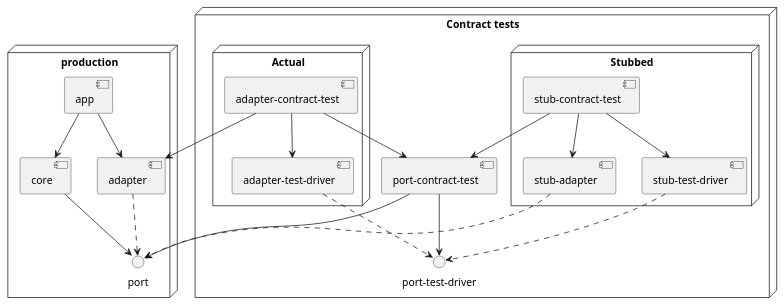
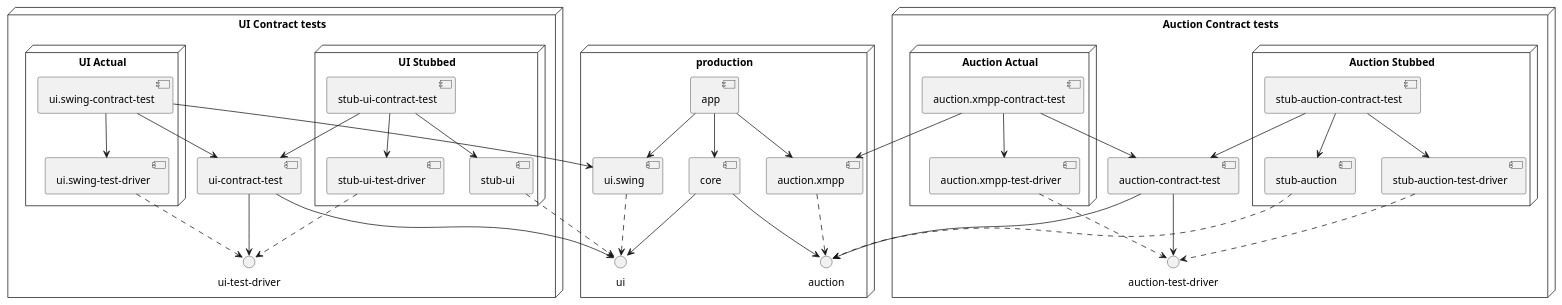
One commit to Mahoney-playground/goos changed the first of 2 diagrams in README.md. Above: the diagram before and after it, drawn with PlantUML. The commit also changed other lines of this file, not shown here.

Commit message:
Used real components in diagrams

````diff
--- a/README.md
+++ b/README.md
@@ -132,45 +140,82 @@
 node production { 
     component app
     component core
-    component adapter
-    interface port
+    interface auction
+    component auction.xmpp
+    interface ui
+    component ui.swing
 }
 
-node "Contract tests" {
-    component "port-contract-test" as port_contract_test
-    interface "port-test-driver" as port_test_driver
+node "UI Contract tests" {
+    component "ui-contract-test" as ui_contract_test
+    interface "ui-test-driver" as ui_test_driver
     
-    node "Stubbed" {
-        component "stub-contract-test" as stub_contract_test
-        component "stub-adapter" as stub_adapter
-        component "stub-test-driver" as stub_test_driver
+    node "UI Stubbed" {
+        component "stub-ui-contract-test" as stub_ui_contract_test
+        component "stub-ui" as stub_ui
+        component "stub-ui-test-driver" as stub_ui_test_driver
     }
     
-    node Actual {
-        component "adapter-contract-test" as adapter_contract_test
-        component "adapter-test-driver" as adapter_test_driver
+    node "UI Actual" {
+        component "ui.swing-contract-test" as ui.swing_contract_test
+        component "ui.swing-test-driver" as ui.swing_test_driver
+    }
+}
+
+node "Auction Contract tests" {
+    component "auction-contract-test" as auction_contract_test
+    interface "auction-test-driver" as auction_test_driver
+    
+    node "Auction Stubbed" {
+        component "stub-auction-contract-test" as stub_auction_contract_test
+        component "stub-auction" as stub_auction
+        component "stub-auction-test-driver" as stub_auction_test_driver
+    }
+    
+    node "Auction Actual" {
+        component "auction.xmpp-contract-test" as auction.xmpp_contract_test
+        component "auction.xmpp-test-driver" as auction.xmpp_test_driver
     }
 }
 
 app --> core
-app --> adapter
-core --> port
-adapter ..> port
+core --> ui
+app --> ui.swing
+ui.swing ..> ui
 
-stub_adapter ..> port
+core --> auction
+app --> auction.xmpp
+auction.xmpp ..> auction
 
-port_contract_test --> port
-port_contract_test --> port_test_driver
+stub_ui ..> ui
+ui.swing_test_driver ..> ui_test_driver
+stub_ui_test_driver ..> ui_test_driver
 
-stub_test_driver ..> port_test_driver
-stub_contract_test --> port_contract_test
-stub_contract_test --> stub_test_driver
-stub_contract_test --> stub_adapter
+stub_auction ..> auction
+auction.xmpp_test_driver ..> auction_test_driver
+stub_auction_test_driver ..> auction_test_driver
 
-adapter_test_driver ..> port_test_driver
-adapter_contract_test --> port_contract_test
-adapter_contract_test --> adapter_test_driver
-adapter_contract_test --> adapter
+ui_contract_test --> ui
+ui_contract_test --> ui_test_driver
+
+ui.swing_contract_test --> ui_contract_test
+ui.swing_contract_test --> ui.swing_test_driver
+ui.swing_contract_test --> ui.swing
+
+stub_ui_contract_test --> ui_contract_test
+stub_ui_contract_test --> stub_ui_test_driver
+stub_ui_contract_test --> stub_ui
+
+auction_contract_test --> auction
+auction_contract_test --> auction_test_driver
+
+stub_auction_contract_test --> auction_contract_test
+stub_auction_contract_test --> stub_auction_test_driver
+stub_auction_contract_test --> stub_auction
+
+auction.xmpp_contract_test --> auction_contract_test
+auction.xmpp_contract_test --> auction.xmpp_test_driver
+auction.xmpp_contract_test --> auction.xmpp
 
 @enduml
 ```
````
